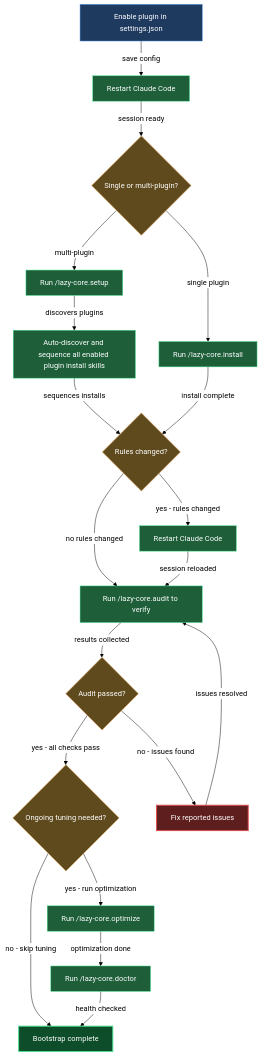
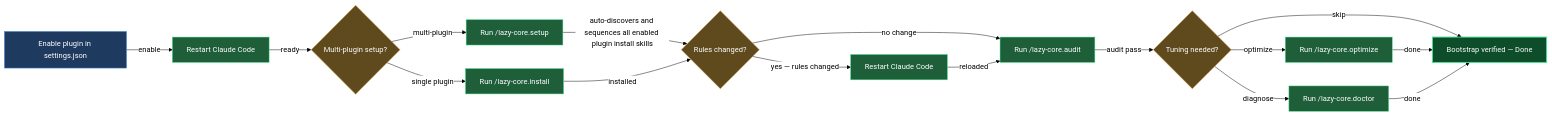
The diagram in Claude/lazycortex-core/help/install-and-audit.md (mebius-san/lazy-cortex), drawn with Mermaid before and after one commit. The commit also changed other lines of this file and 9 other files, not shown here.

````diff
--- a/Claude/lazycortex-core/help/install-and-audit.md
+++ b/Claude/lazycortex-core/help/install-and-audit.md
@@ -100,60 +102,50 @@
 ```mermaid
 %%{init: {'themeVariables':{'background':'transparent','lineColor':'#000','textColor':'#000','edgeLabelBackground':'#fff'},'themeCSS':'.edgeLabel{background-color:transparent!important}.edgeLabel p{background-color:transparent!important}','flowchart':{'diagramPadding':5,'useMaxWidth':true}}}%%
-flowchart TD
+flowchart LR
   enablePlugin[Enable plugin in settings.json]
-  restartFirst[Restart Claude Code]
-  chooseEntryPoint{Single or multi-plugin?}
+  restartInitial[Restart Claude Code]
+  multiPlugin{Multi-plugin setup?}
   runInstall[Run /lazy-core.install]
   runSetup[Run /lazy-core.setup]
-  setupDiscovers[Auto-discover and sequence all enabled plugin install skills]
   rulesChanged{Rules changed?}
-  restartSecond[Restart Claude Code]
-  runAudit[Run /lazy-core.audit to verify]
-  auditPassed{Audit passed?}
-  tuningNeeded{Ongoing tuning needed?}
+  restartAfterRules[Restart Claude Code]
+  runAudit[Run /lazy-core.audit]
+  tuningNeeded{Tuning needed?}
   runOptimize[Run /lazy-core.optimize]
   runDoctor[Run /lazy-core.doctor]
-  bootstrapDone[Bootstrap complete]
-  fixIssues[Fix reported issues]
+  verifiedDone[Bootstrap verified — Done]
 
-  enablePlugin -->|save config| restartFirst
-  restartFirst -->|session ready| chooseEntryPoint
-  chooseEntryPoint -->|single plugin| runInstall
-  chooseEntryPoint -->|multi-plugin| runSetup
-  runSetup -->|discovers plugins| setupDiscovers
-  setupDiscovers -->|sequences installs| rulesChanged
-  runInstall -->|install complete| rulesChanged
-  rulesChanged -->|yes - rules changed| restartSecond
-  rulesChanged -->|no rules changed| runAudit
-  restartSecond -->|session reloaded| runAudit
-  runAudit -->|results collected| auditPassed
-  auditPassed -->|yes - all checks pass| tuningNeeded
-  auditPassed -->|no - issues found| fixIssues
-  fixIssues -->|issues resolved| runAudit
-  tuningNeeded -->|yes - run optimization| runOptimize
-  tuningNeeded -->|no - skip tuning| bootstrapDone
-  runOptimize -->|optimization done| runDoctor
-  runDoctor -->|health checked| bootstrapDone
+  enablePlugin -->|enable| restartInitial
+  restartInitial -->|ready| multiPlugin
+  multiPlugin -->|single plugin| runInstall
+  multiPlugin -->|multi-plugin| runSetup
+  runSetup -->|auto-discovers and sequences all enabled plugin install skills| rulesChanged
+  runInstall -->|installed| rulesChanged
+  rulesChanged -->|yes — rules changed| restartAfterRules
+  rulesChanged -->|no change| runAudit
+  restartAfterRules -->|reloaded| runAudit
+  runAudit -->|audit pass| tuningNeeded
+  tuningNeeded -->|optimize| runOptimize
+  tuningNeeded -->|diagnose| runDoctor
+  tuningNeeded -->|skip| verifiedDone
+  runOptimize -->|done| verifiedDone
+  runDoctor -->|done| verifiedDone
 
   classDef entry fill:#1e3a5f,stroke:#4a90e2,color:#fff
   classDef guard fill:#5f4a1e,stroke:#e2a14a,color:#fff
   classDef action fill:#1e5f3a,stroke:#4ae290,color:#fff
   classDef success fill:#0d4d2a,stroke:#4ae290,color:#fff,stroke-width:2px
-  classDef error fill:#5f1e1e,stroke:#e24a4a,color:#fff,stroke-width:2px
 
   class enablePlugin entry
-  class restartFirst action
-  class chooseEntryPoint guard
+  class restartInitial action
+  class multiPlugin guard
   class runInstall action
   class runSetup action
-  class setupDiscovers action
   class rulesChanged guard
-  class restartSecond action
+  class restartAfterRules action
   class runAudit action
-  class auditPassed guard
   class tuningNeeded guard
   class runOptimize action
   class runDoctor action
-  class bootstrapDone success
-  class fixIssues error
+  class verifiedDone success
 ```
````
